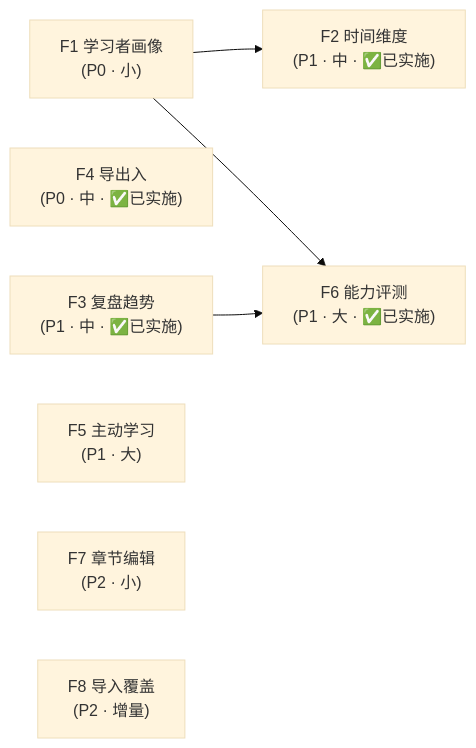
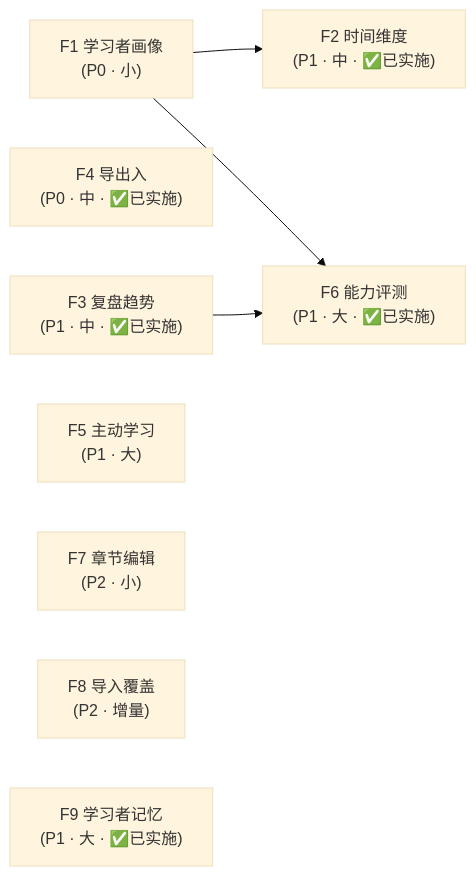
The diagram in docs/roadmap-next-features-plan-2026-09.md (JackXuyi/Personal-Learning-OS), drawn with Mermaid (base theme) before and after one commit. The commit also changed other lines of this file and 4 other files, not shown here.

First line of the commit message:
docs(memory): F9 收口 —— 方案置已实施 + runbook 回填 + README/roadmap 同步（F9 T19）

````diff
--- a/docs/roadmap-next-features-plan-2026-09.md
+++ b/docs/roadmap-next-features-plan-2026-09.md
@@ -367,19 +408,21 @@
 ```mermaid
 flowchart LR
     F1["F1 学习者画像<br/>(P0 · 小)"]
     F4["F4 导出入<br/>(P0 · 中 · ✅已实施)"]
     F3["F3 复盘趋势<br/>(P1 · 中 · ✅已实施)"]
     F2["F2 时间维度<br/>(P1 · 中 · ✅已实施)"]
     F5["F5 主动学习<br/>(P1 · 大)"]
     F6["F6 能力评测<br/>(P1 · 大 · ✅已实施)"]
     F7["F7 章节编辑<br/>(P2 · 小)"]
     F8["F8 导入覆盖<br/>(P2 · 增量)"]
+    F9["F9 学习者记忆<br/>(P1 · 大 · ✅已实施)"]
 
     F1 --> F2
     F1 --> F6
     F3 --> F6
     F4
     F5
     F7
     F8
+    F9
 ```
````
